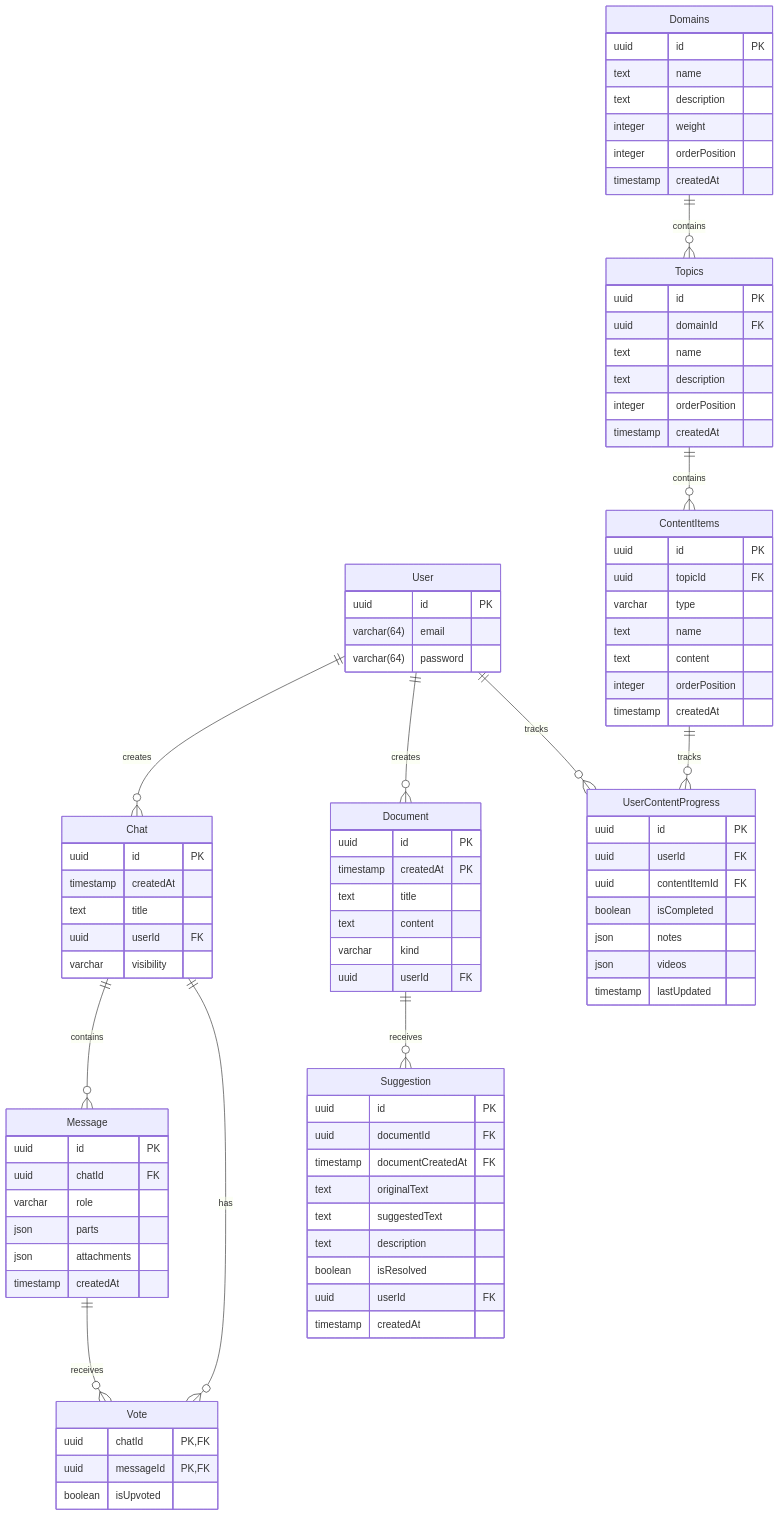
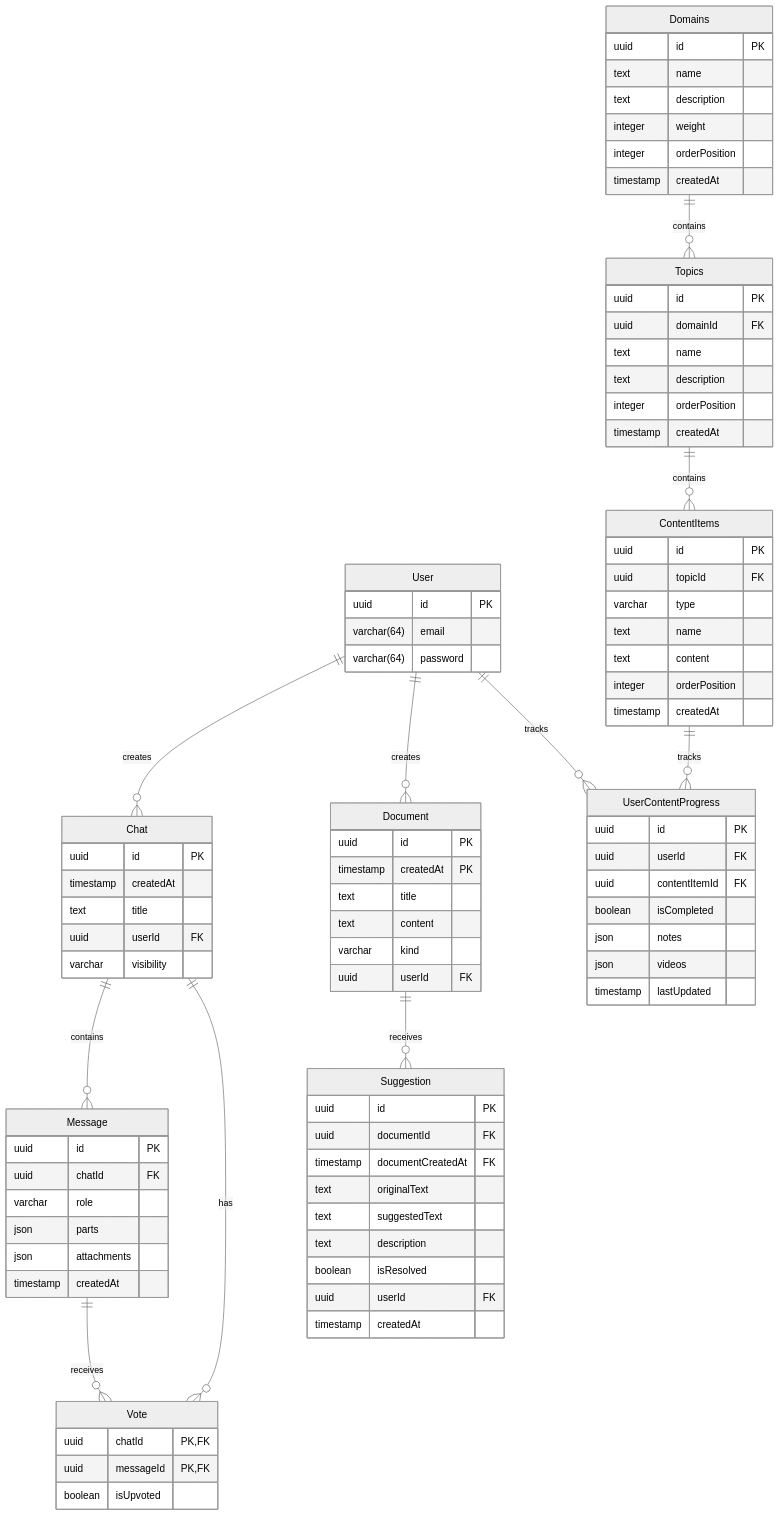
The second of 2 diagrams in README.md (surya-madhav/AWS-MLOps-Mentor), drawn with Mermaid before and after one commit. The commit also changed other lines of this file and 4 other files, not shown here.

Commit message:
Enhance authentication flow by redirecting users to the dashboard upon successful login and registration; add landing page with platform features and certification preparation details.

````diff
--- a/README.md
+++ b/README.md
@@ -72,4 +119,5 @@
 ```mermaid
+%%{init: {'theme': 'neutral'}}%%
 erDiagram
     User ||--o{ Chat : creates
     User ||--o{ Document : creates
````
